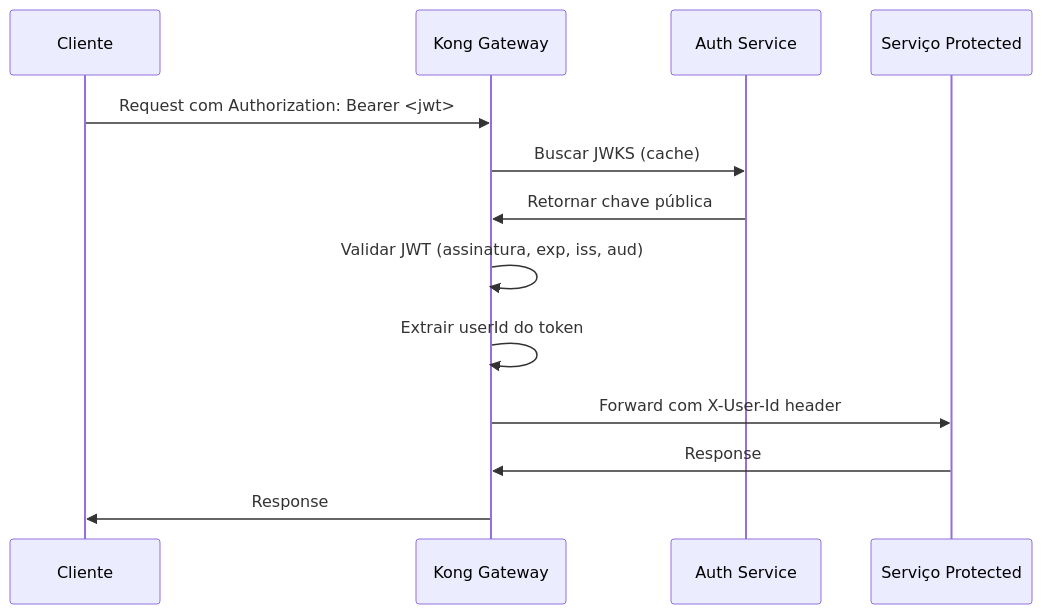
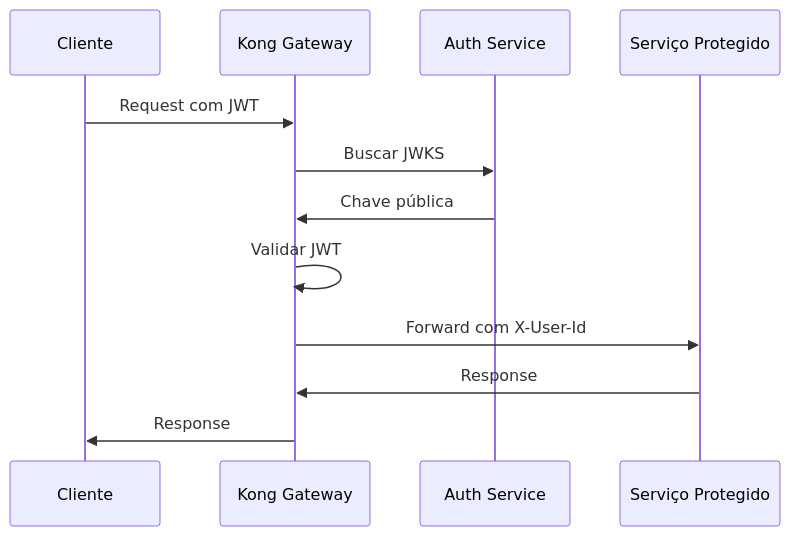
Before and after one commit to rocketseat-education/ftr-fundamentos-microsservicos: the third of 3 diagrams in docs/01-autenticacao.md, drawn with Mermaid. The commit also changed other lines of this file and 6 other files, not shown here.

````diff
--- a/docs/01-autenticacao.md
+++ b/docs/01-autenticacao.md
@@ -222,16 +87,15 @@
 ```mermaid
 sequenceDiagram
     participant C as Cliente
     participant G as Kong Gateway
     participant A as Auth Service
-    participant S as Serviço Protected
+    participant S as Serviço Protegido
     
-    C->>G: Request com Authorization: Bearer <jwt>
-    G->>A: Buscar JWKS (cache)
-    A->>G: Retornar chave pública
-    G->>G: Validar JWT (assinatura, exp, iss, aud)
-    G->>G: Extrair userId do token
-    G->>S: Forward com X-User-Id header
+    C->>G: Request com JWT
+    G->>A: Buscar JWKS
+    A->>G: Chave pública
+    G->>G: Validar JWT
+    G->>S: Forward com X-User-Id
     S->>G: Response
     G->>C: Response
 ```
````
